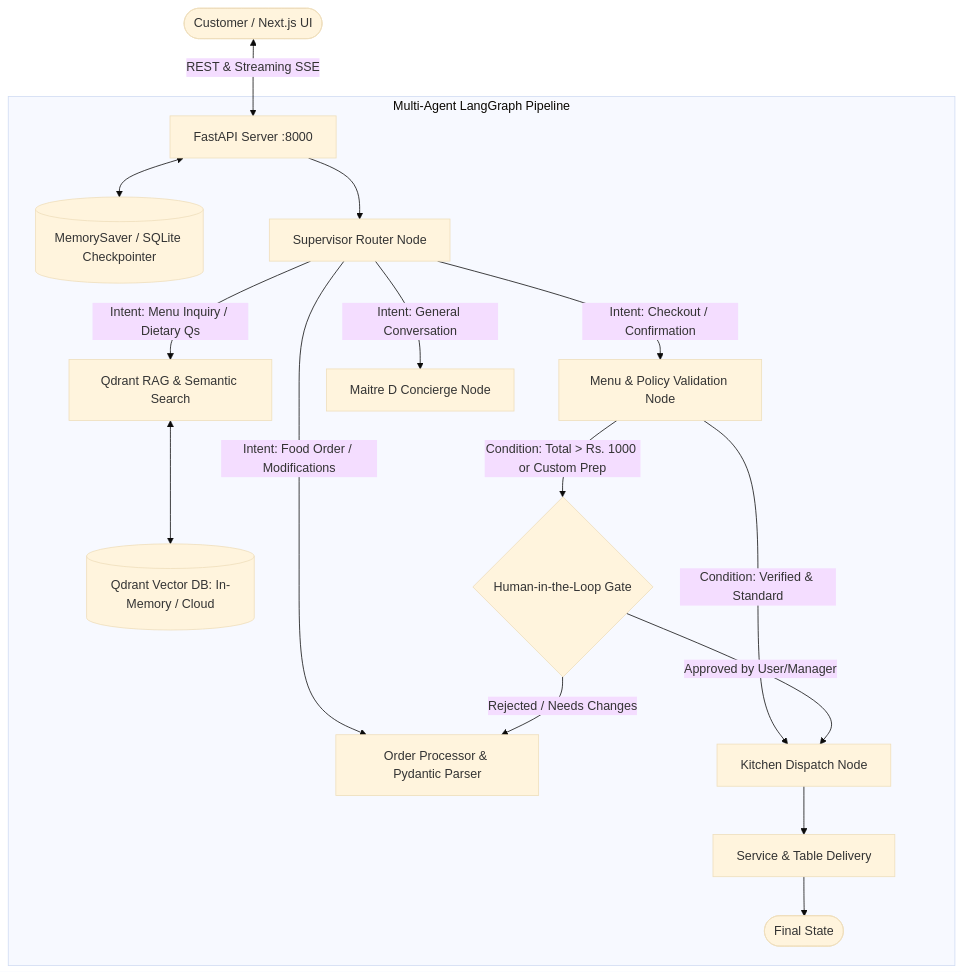
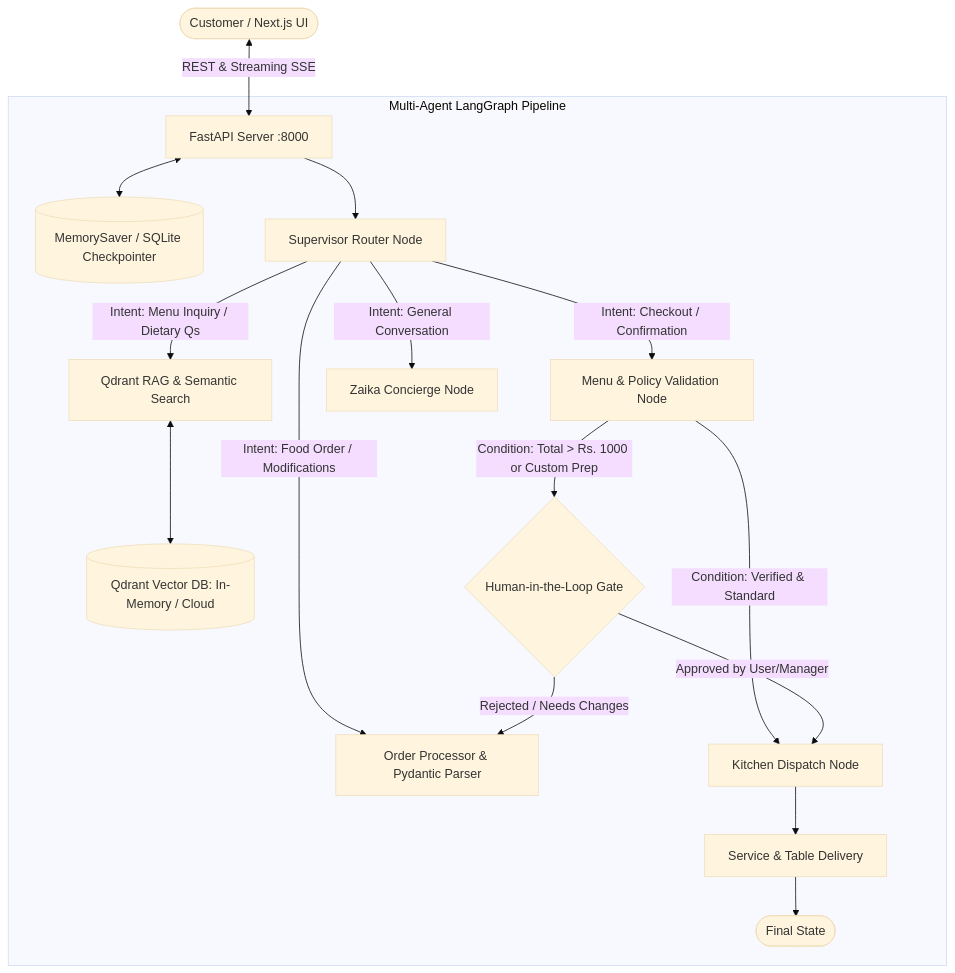
Before and after one commit to Awanish9230/restaurant-agent: the diagram in README.md, drawn with Mermaid (base theme). The commit also changed other lines of this file and 7 other files, not shown here.

````diff
--- a/README.md
+++ b/README.md
@@ -15,25 +15,25 @@
 ```mermaid
 graph TD
     User([Customer / Next.js UI]) <-->|REST & Streaming SSE| API[FastAPI Server :8000]
     
     subgraph Multi-Agent LangGraph Pipeline
         API <--> Memory[(MemorySaver / SQLite Checkpointer)]
         API --> RouterNode[Supervisor Router Node]
         
         RouterNode -->|Intent: Menu Inquiry / Dietary Qs| RAGNode[Qdrant RAG & Semantic Search]
         RouterNode -->|Intent: Food Order / Modifications| OrderNode[Order Processor & Pydantic Parser]
         RouterNode -->|Intent: Checkout / Confirmation| ValidationNode[Menu & Policy Validation Node]
-        RouterNode -->|Intent: General Conversation| ChatNode[Maitre D Concierge Node]
+        RouterNode -->|Intent: General Conversation| ChatNode[Zaika Concierge Node]
         
         RAGNode <--> Qdrant[(Qdrant Vector DB: In-Memory / Cloud)]
         
         ValidationNode -->|Condition: Total > Rs. 1000 or Custom Prep| HITLNode{Human-in-the-Loop Gate}
         ValidationNode -->|Condition: Verified & Standard| KitchenNode[Kitchen Dispatch Node]
         
         HITLNode -->|Approved by User/Manager| KitchenNode
         HITLNode -->|Rejected / Needs Changes| OrderNode
         
         KitchenNode --> ServingNode[Service & Table Delivery]
         ServingNode --> END([Final State])
     end
 ```
````
